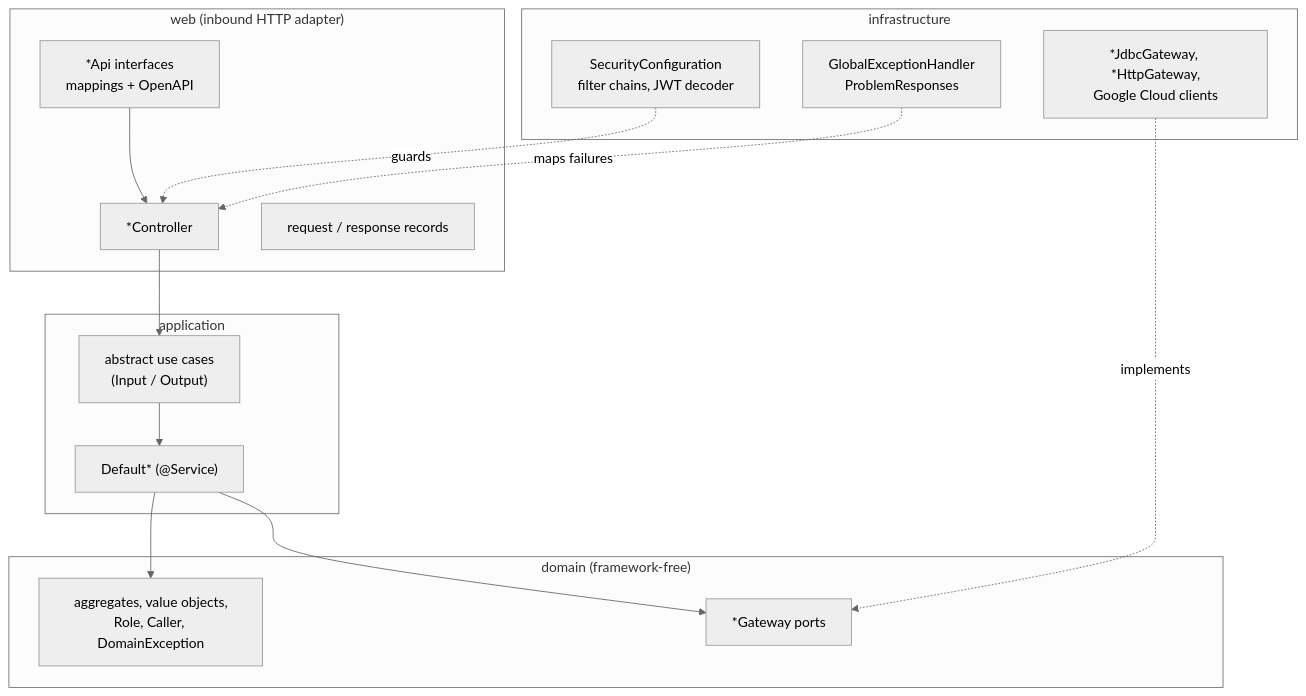
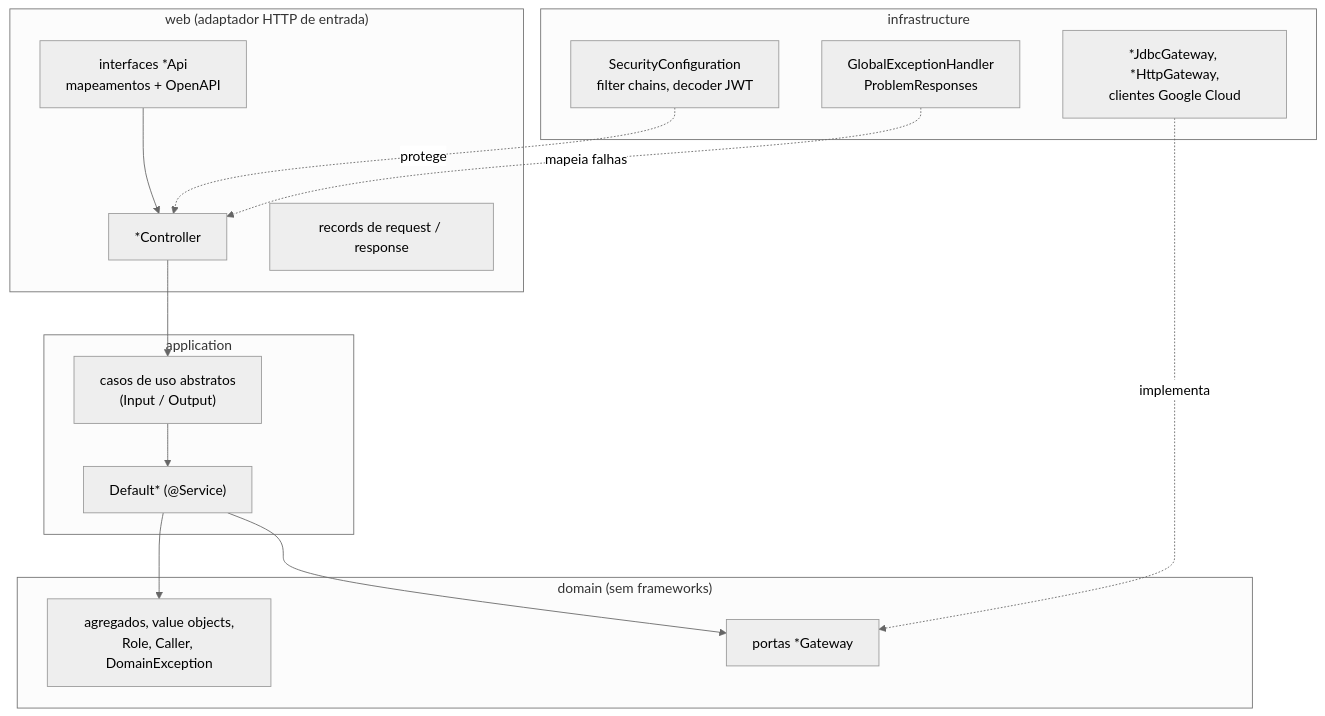
The fourth of 4 diagrams in docs/architecture/solution-architecture.md (IamP5/spec-sync), drawn with Mermaid (neutral theme) before and after one commit. The commit also changed other lines of this file and 3 other files, not shown here.

Commit message:
docs(api): translate the architecture, ADRs and test evidence to pt-BR

````diff
--- a/docs/architecture/solution-architecture.md
+++ b/docs/architecture/solution-architecture.md
@@ -180,25 +180,25 @@
 ```mermaid
 flowchart TB
-  subgraph web["web (inbound HTTP adapter)"]
-    APIi["*Api interfaces<br/>mappings + OpenAPI"] --> CTRL["*Controller"]
-    DTO["request / response records"]
+  subgraph web["web (adaptador HTTP de entrada)"]
+    APIi["interfaces *Api<br/>mapeamentos + OpenAPI"] --> CTRL["*Controller"]
+    DTO["records de request / response"]
   end
   subgraph application
-    UC["abstract use cases<br/>(Input / Output)"] --> IMPL["Default* (@Service)"]
+    UC["casos de uso abstratos<br/>(Input / Output)"] --> IMPL["Default* (@Service)"]
   end
-  subgraph domain["domain (framework-free)"]
-    AGG["aggregates, value objects,<br/>Role, Caller, DomainException"]
-    PORT["*Gateway ports"]
+  subgraph domain["domain (sem frameworks)"]
+    AGG["agregados, value objects,<br/>Role, Caller, DomainException"]
+    PORT["portas *Gateway"]
   end
   subgraph infrastructure
-    SEC["SecurityConfiguration<br/>filter chains, JWT decoder"]
+    SEC["SecurityConfiguration<br/>filter chains, decoder JWT"]
     GEH["GlobalExceptionHandler<br/>ProblemResponses"]
-    ADP["*JdbcGateway, *HttpGateway,<br/>Google Cloud clients"]
+    ADP["*JdbcGateway, *HttpGateway,<br/>clientes Google Cloud"]
   end
   CTRL --> UC
   IMPL --> AGG
   IMPL --> PORT
-  ADP -. implements .-> PORT
-  SEC -. guards .-> CTRL
-  GEH -. maps failures .-> CTRL
+  ADP -. implementa .-> PORT
+  SEC -. protege .-> CTRL
+  GEH -. mapeia falhas .-> CTRL
 ```
````
